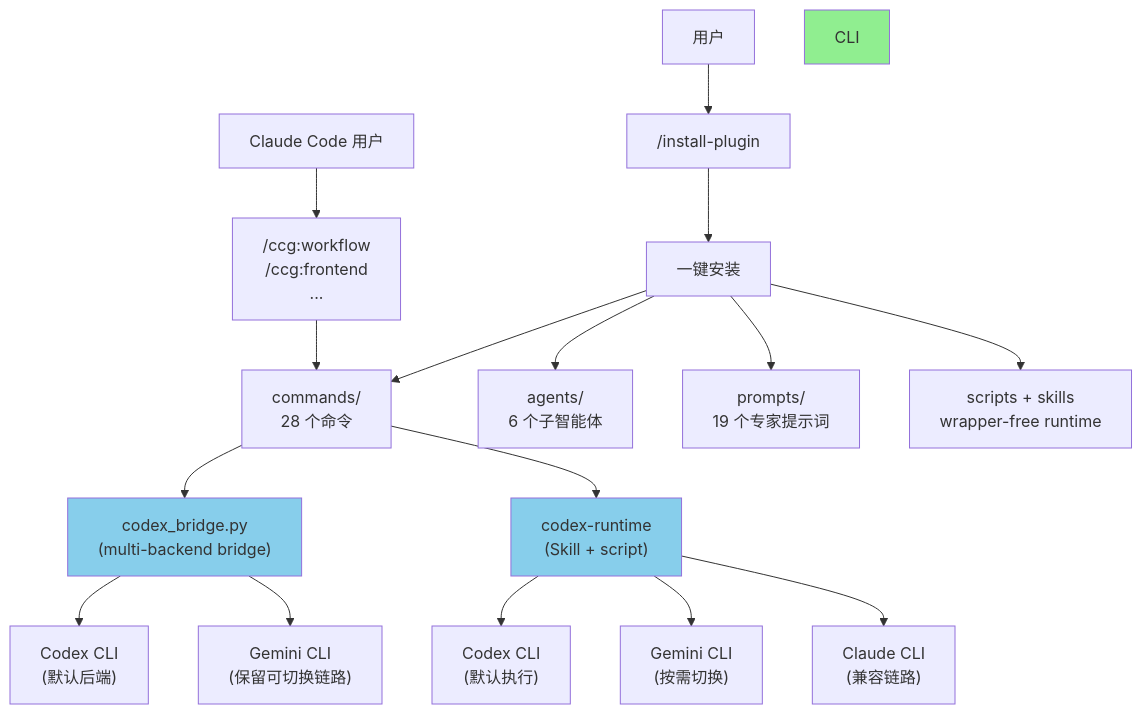
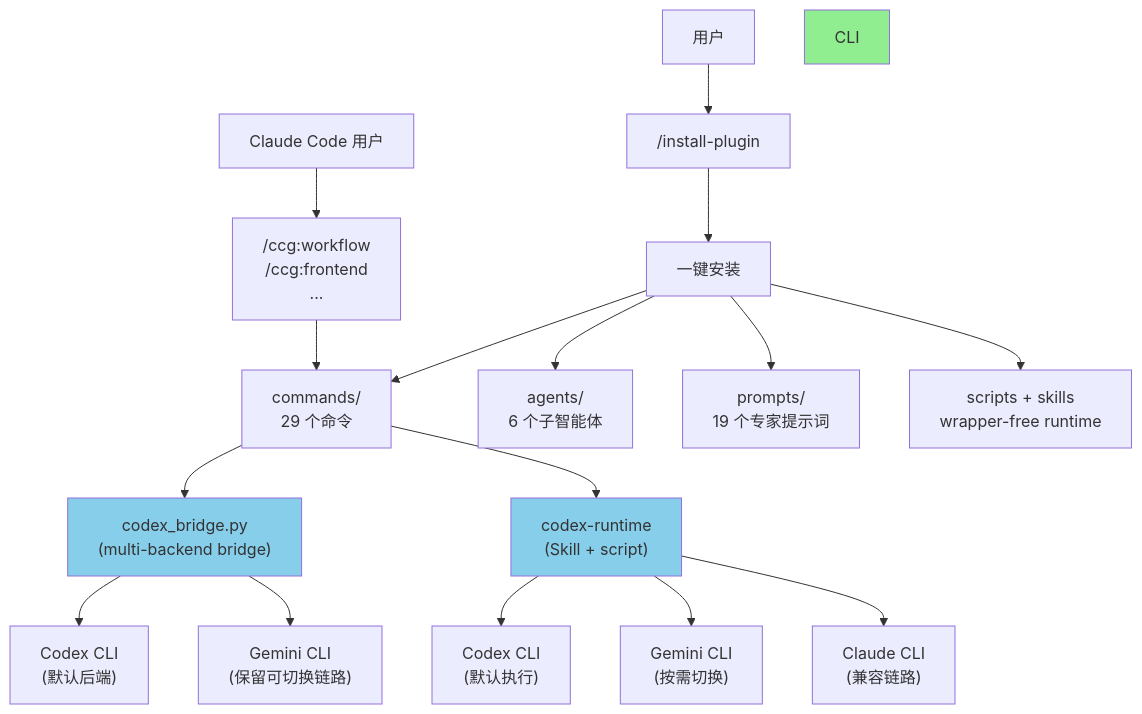
One commit to 13210541230/ccg-workflow changed the first of 2 diagrams in CLAUDE.md. Above: the diagram before and after it, drawn with Mermaid. The commit also changed other lines of this file and 12 other files, not shown here.

````diff
--- a/CLAUDE.md
+++ b/CLAUDE.md
@@ -134,25 +139,25 @@
 ```mermaid
 graph TD
     User["用户"] --> Plugin["/install-plugin"]
     Plugin --> Init["一键安装"]
 
-    Init --> Commands["commands/<br/>28 个命令"]
+    Init --> Commands["commands/<br/>29 个命令"]
     Init --> Agents["agents/<br/>6 个子智能体"]
     Init --> Prompts["prompts/<br/>19 个专家提示词"]
     Init --> Runtime["scripts + skills<br/>wrapper-free runtime"]
 
     User2["Claude Code 用户"] --> SlashCmd["/ccg:workflow<br/>/ccg:frontend<br/>..."]
     SlashCmd --> Commands
 
     Commands --> Bridge["codex_bridge.py<br/>(multi-backend bridge)"]
     Commands --> Skill["codex-runtime<br/>(Skill + script)"]
     Bridge --> Codex["Codex CLI<br/>(默认后端)"]
     Bridge --> Gemini["Gemini CLI<br/>(保留可切换链路)"]
     Skill --> Codex2["Codex CLI<br/>(默认执行)"]
     Skill --> Gemini2["Gemini CLI<br/>(按需切换)"]
     Skill --> Claude2["Claude CLI<br/>(兼容链路)"]
 
     style CLI fill:#90EE90
     style Bridge fill:#87CEEB
     style Skill fill:#87CEEB
 ```
````
